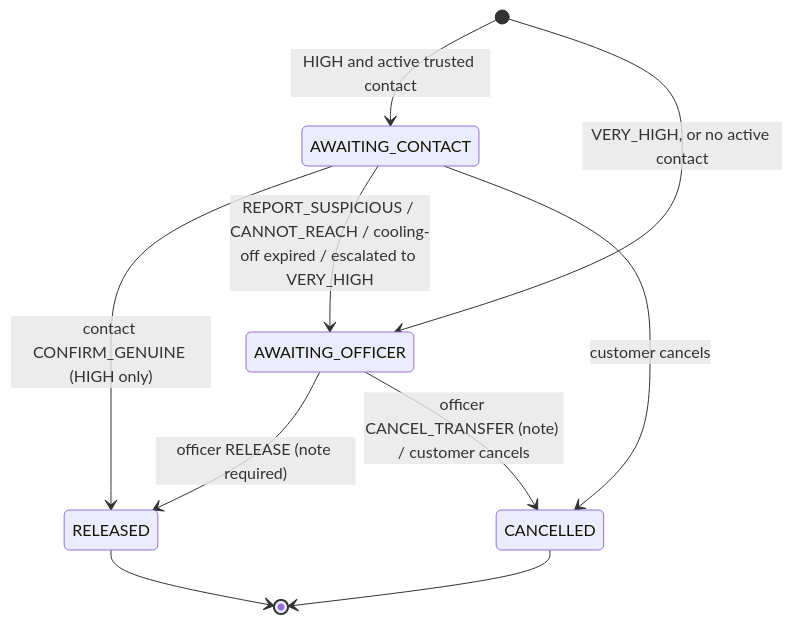
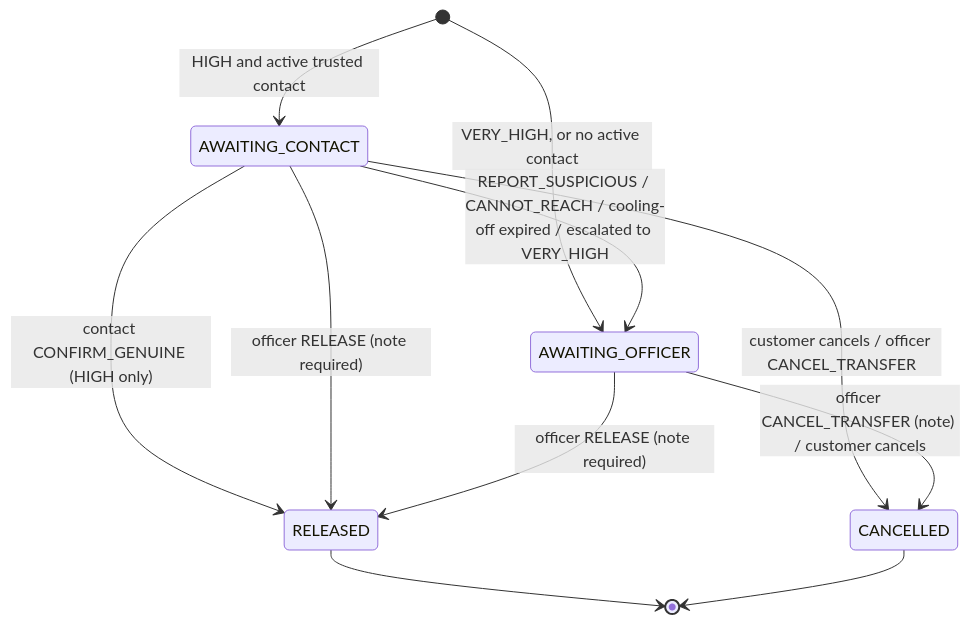
The second of 2 diagrams in DATABASE_SCHEMA.md (Aksh6472/Thunai), drawn with Mermaid before and after one commit. The commit also changed other lines of this file and 26 other files, not shown here.

````diff
--- a/DATABASE_SCHEMA.md
+++ b/DATABASE_SCHEMA.md
@@ -264,12 +264,13 @@
 ```mermaid
 stateDiagram-v2
     [*] --> AWAITING_CONTACT: HIGH and active trusted contact
     [*] --> AWAITING_OFFICER: VERY_HIGH, or no active contact
     AWAITING_CONTACT --> RELEASED: contact CONFIRM_GENUINE (HIGH only)
     AWAITING_CONTACT --> AWAITING_OFFICER: REPORT_SUSPICIOUS / CANNOT_REACH / cooling-off expired / escalated to VERY_HIGH
-    AWAITING_CONTACT --> CANCELLED: customer cancels
+    AWAITING_CONTACT --> CANCELLED: customer cancels / officer CANCEL_TRANSFER
+    AWAITING_CONTACT --> RELEASED: officer RELEASE (note required)
     AWAITING_OFFICER --> RELEASED: officer RELEASE (note required)
     AWAITING_OFFICER --> CANCELLED: officer CANCEL_TRANSFER (note) / customer cancels
     RELEASED --> [*]
     CANCELLED --> [*]
 ```
````
